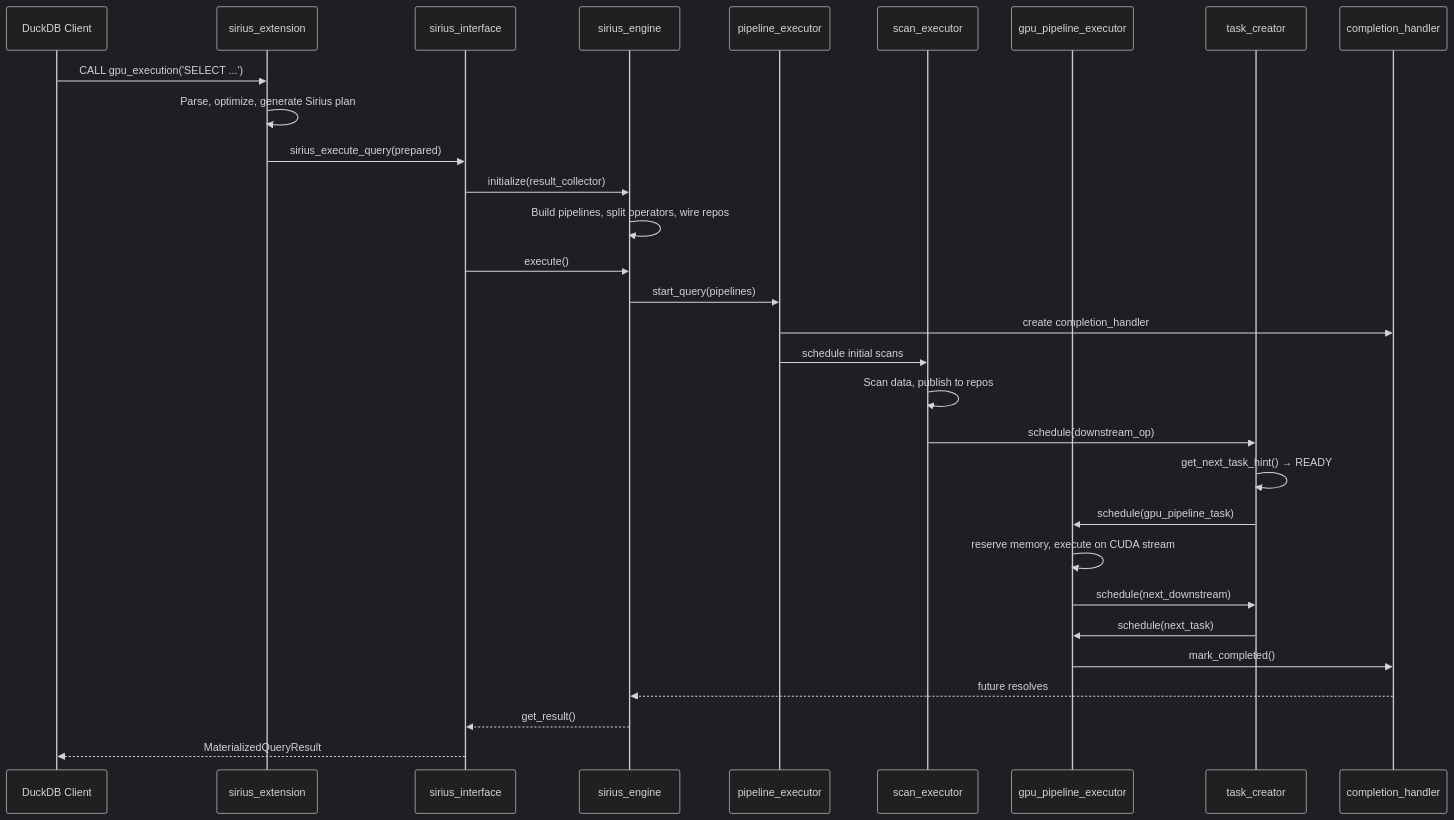
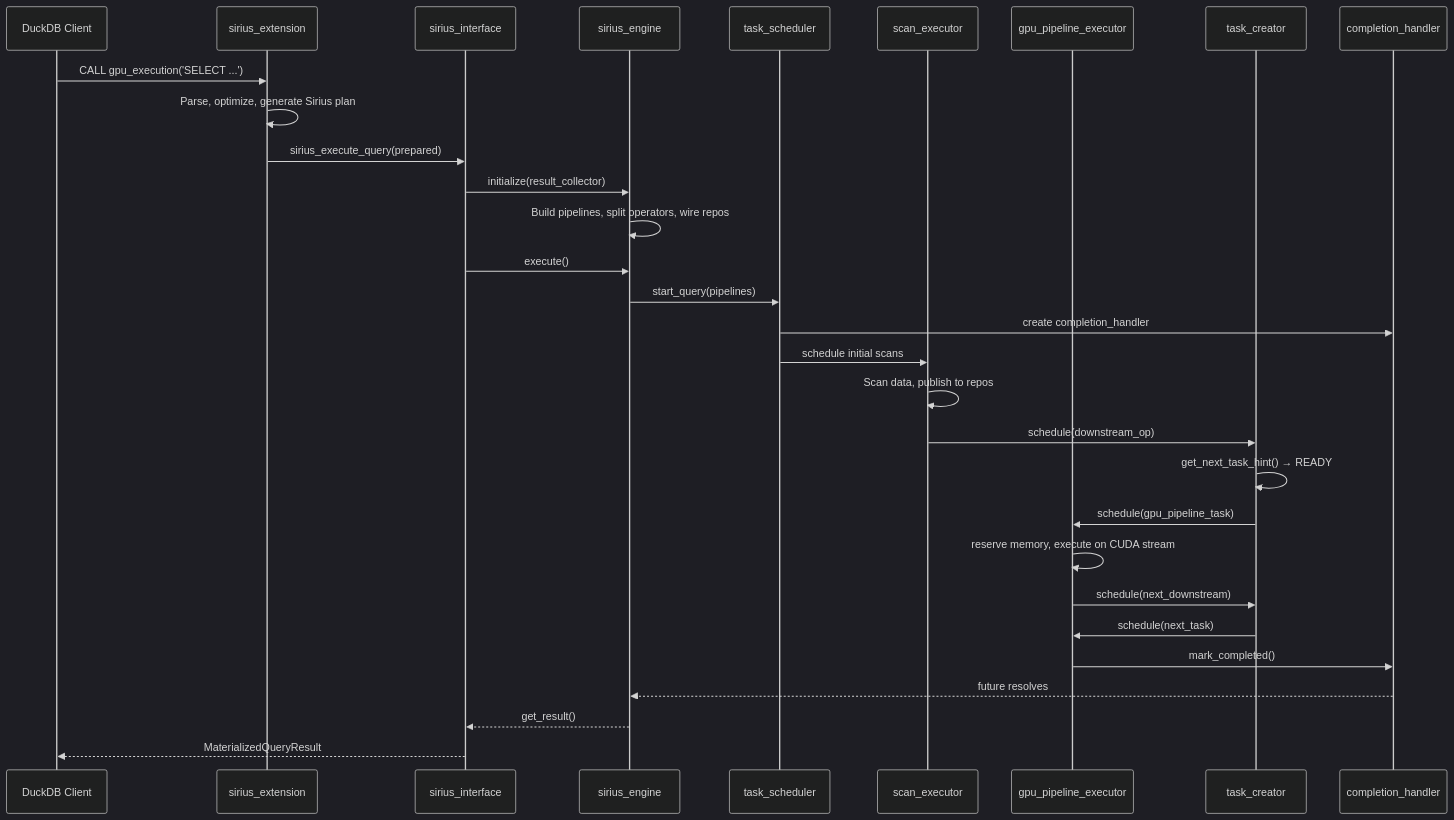
One commit to sirius-db/sirius changed the diagram in docs/super-sirius/execution-flow.md. Above: the diagram before and after it, drawn with Mermaid (dark theme). The commit also changed other lines of this file and 24 other files, not shown here.

First line of the commit message:
refactor: rename pipeline_executor to task_scheduler (#687)

````diff
--- a/docs/super-sirius/execution-flow.md
+++ b/docs/super-sirius/execution-flow.md
@@ -201,33 +201,33 @@
 ```mermaid
 sequenceDiagram
     participant User as DuckDB Client
     participant Ext as sirius_extension
     participant Iface as sirius_interface
     participant Engine as sirius_engine
-    participant PE as pipeline_executor
+    participant PE as task_scheduler
     participant SE as scan_executor
     participant GPE as gpu_pipeline_executor
     participant TC as task_creator
     participant CH as completion_handler
 
     User->>Ext: CALL gpu_execution('SELECT ...')
     Ext->>Ext: Parse, optimize, generate Sirius plan
     Ext->>Iface: sirius_execute_query(prepared)
     Iface->>Engine: initialize(result_collector)
     Engine->>Engine: Build pipelines, split operators, wire repos
     Iface->>Engine: execute()
     Engine->>PE: start_query(pipelines)
     PE->>CH: create completion_handler
     PE->>SE: schedule initial scans
     SE->>SE: Scan data, publish to repos
     SE->>TC: schedule(downstream_op)
     TC->>TC: get_next_task_hint() → READY
     TC->>GPE: schedule(gpu_pipeline_task)
     GPE->>GPE: reserve memory, execute on CUDA stream
     GPE->>TC: schedule(next_downstream)
     TC->>GPE: schedule(next_task)
     GPE->>CH: mark_completed()
     CH-->>Engine: future resolves
     Engine-->>Iface: get_result()
     Iface-->>User: MaterializedQueryResult
 ```
````
